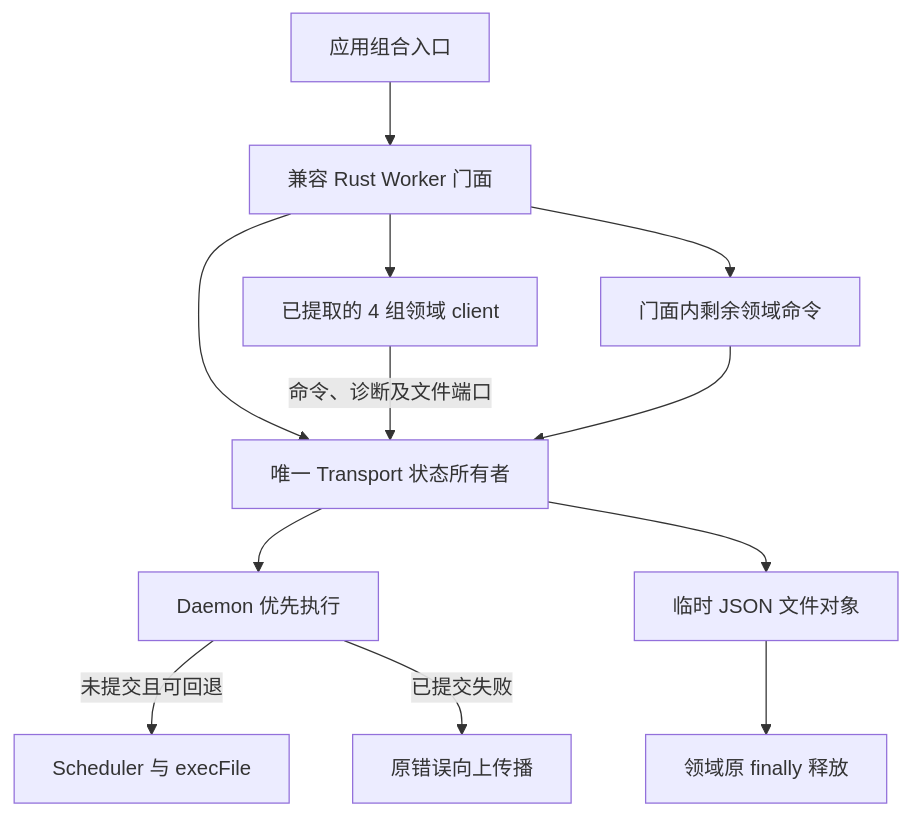
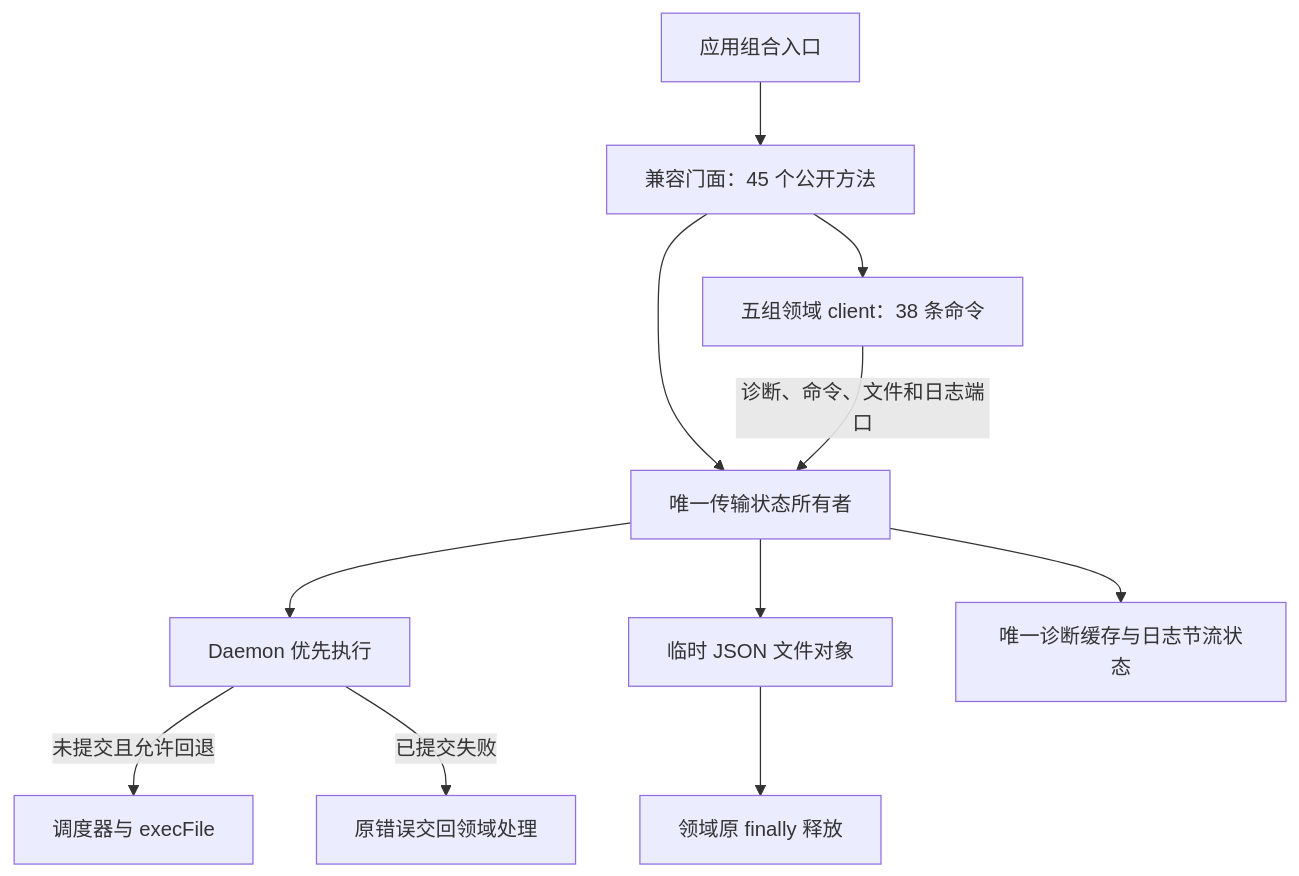
Before and after one commit to uniquenesssta/99: the diagram in docs/plans/HFM_STAGE_05_RUST_WORKER_TASKBOOK.md, drawn with Mermaid. The commit also changed other lines of this file and 7 other files, not shown here.

Commit message:
refactor(rust): extract indexing client (AT-5.3.5)

````diff
--- a/docs/plans/HFM_STAGE_05_RUST_WORKER_TASKBOOK.md
+++ b/docs/plans/HFM_STAGE_05_RUST_WORKER_TASKBOOK.md
@@ -98,14 +98,13 @@
 ```mermaid
 flowchart TD
-  A["应用组合入口"] --> F["兼容 Rust Worker 门面"]
-  F --> T["唯一 Transport 状态所有者"]
-  F --> C["已提取的 4 组领域 client"]
-  C -->|"命令、诊断及文件端口"| T
-  F --> R["门面内剩余领域命令"]
-  R --> T
+  A["应用组合入口"] --> F["兼容门面：45 个公开方法"]
+  F --> C["五组领域 client：38 条命令"]
+  F --> T["唯一传输状态所有者"]
+  C -->|"诊断、命令、文件和日志端口"| T
   T --> D["Daemon 优先执行"]
-  D -->|"未提交且可回退"| S["Scheduler 与 execFile"]
-  D -->|"已提交失败"| E["原错误向上传播"]
+  D -->|"未提交且允许回退"| S["调度器与 execFile"]
+  D -->|"已提交失败"| E["原错误交回领域处理"]
   T --> J["临时 JSON 文件对象"]
   J --> L["领域原 finally 释放"]
+  T --> Q["唯一诊断缓存与日志节流状态"]
 ```
````
